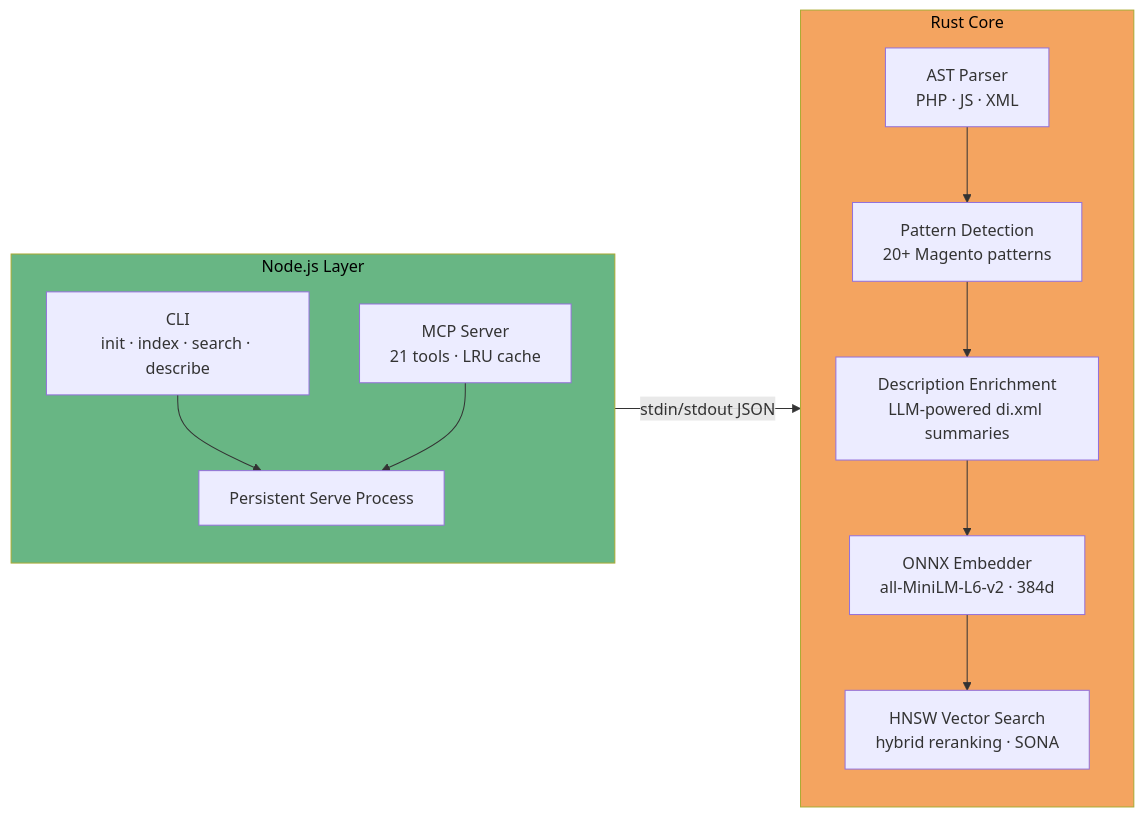
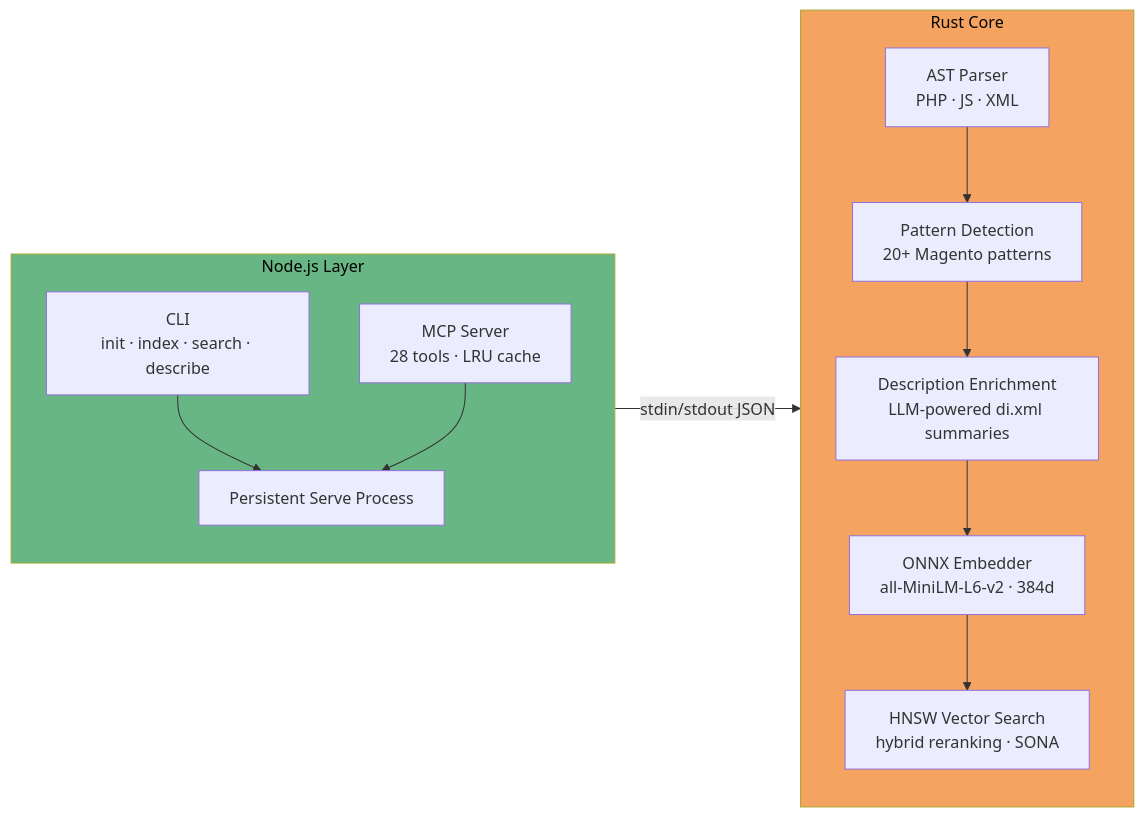
One commit to krejcif/magector changed the first of 11 diagrams in README.md. Above: the diagram before and after it, drawn with Mermaid. The commit also changed other lines of this file and 4 other files, not shown here.

````diff
--- a/README.md
+++ b/README.md
@@ -68,26 +68,26 @@
 ```mermaid
 flowchart LR
   subgraph node ["Node.js Layer"]
     direction TB
     G["CLI<br/>init · index · search · describe"]
-    E["MCP Server<br/>21 tools · LRU cache"]
+    E["MCP Server<br/>28 tools · LRU cache"]
     F["Persistent Serve Process"]
     G --> F
     E --> F
   end
 
   F -->|"stdin/stdout JSON"| rust
 
   subgraph rust ["Rust Core"]
     direction TB
     A["AST Parser<br/>PHP · JS · XML"]
     B["Pattern Detection<br/>20+ Magento patterns"]
     B2["Description Enrichment<br/>LLM-powered di.xml summaries"]
     C["ONNX Embedder<br/>all-MiniLM-L6-v2 · 384d"]
     D["HNSW Vector Search<br/>hybrid reranking · SONA"]
     A --> B --> B2 --> C --> D
   end
 
   style rust fill:#f4a460,color:#000
   style node fill:#68b684,color:#000
 ```
````
